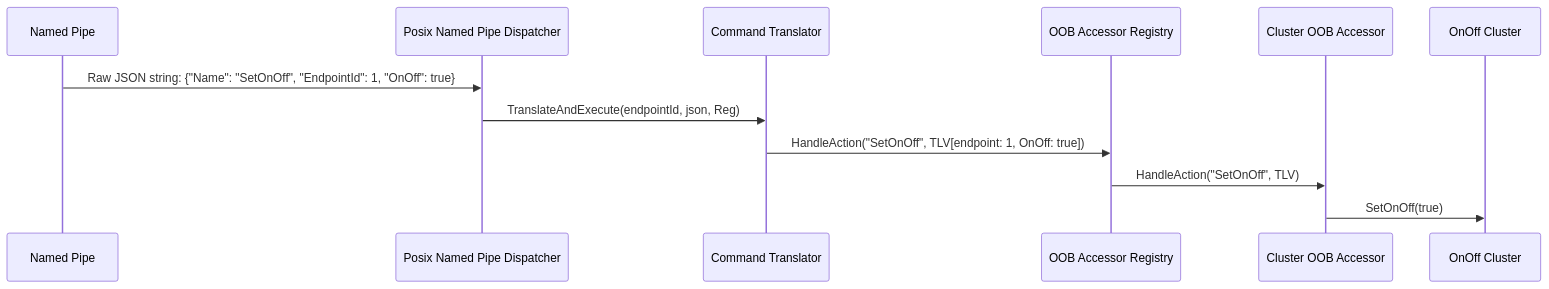
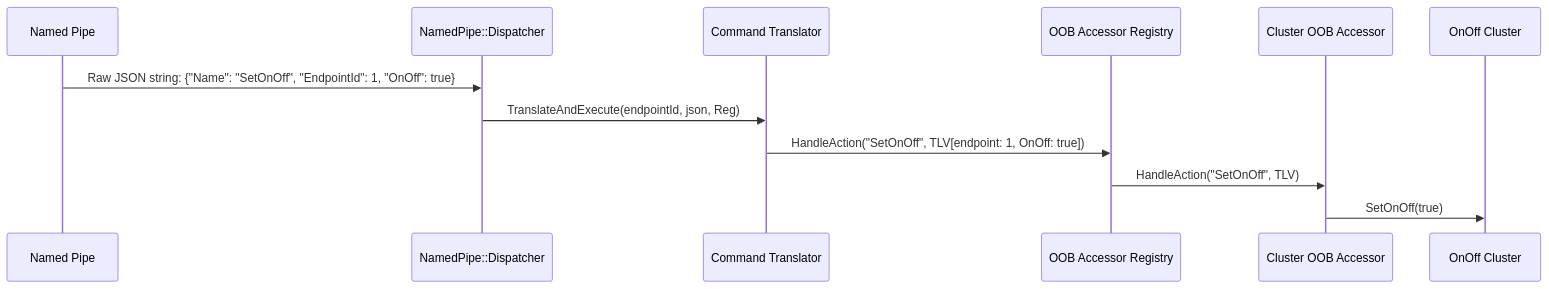
One commit to project-chip/connectedhomeip changed the second of 2 diagrams in examples/all-devices-app/docs/design/out_of_band_control.md. Above: the diagram before and after it, drawn with Mermaid. The commit also changed other lines of this file and 45 other files, not shown here.

First line of the commit message:
all-devices-app: de-stutter and namespace named pipe dispatcher components

````diff
--- a/examples/all-devices-app/docs/design/out_of_band_control.md
+++ b/examples/all-devices-app/docs/design/out_of_band_control.md
@@ -360,15 +360,15 @@
 ```mermaid
 sequenceDiagram
     participant Pipe as Named Pipe
-    participant Disp as Posix Named Pipe Dispatcher
+    participant Disp as NamedPipe::Dispatcher
     participant Trans as Command Translator
     participant Reg as OOB Accessor Registry
     participant Accessor as Cluster OOB Accessor
     participant Cluster as OnOff Cluster
 
     Pipe->>Disp: Raw JSON string: {"Name": "SetOnOff", "EndpointId": 1, "OnOff": true}
     Disp->>Trans: TranslateAndExecute(endpointId, json, Reg)
     Trans->>Reg: HandleAction("SetOnOff", TLV[endpoint: 1, OnOff: true])
     Reg->>Accessor: HandleAction("SetOnOff", TLV)
     Accessor->>Cluster: SetOnOff(true)
 ```
````
